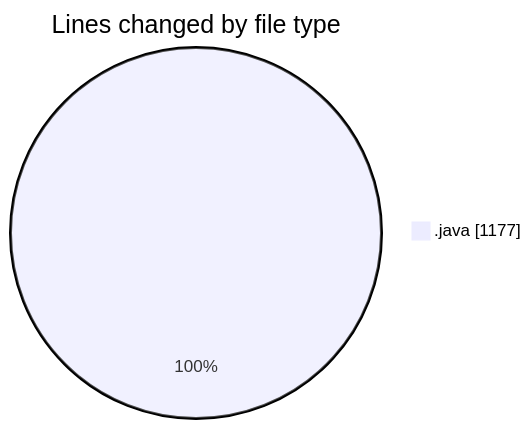
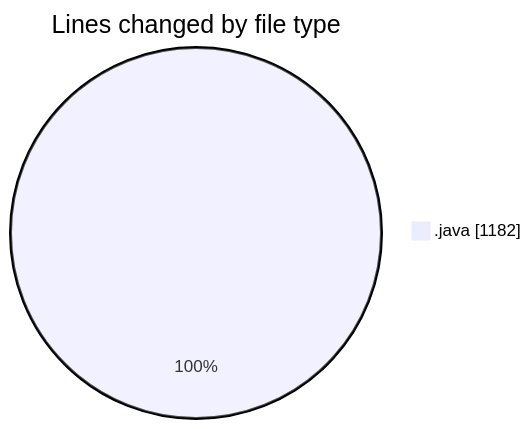
The first of 2 diagrams in 2025-02-20/gymmanager/README.md (Elitesun/code-tracking), drawn with Mermaid before and after one commit. The commit also changed other lines of this file and 1 other file, not shown here.

````diff
--- a/2025-02-20/gymmanager/README.md
+++ b/2025-02-20/gymmanager/README.md
@@ -29,5 +29,5 @@
 ```mermaid
 pie showData
 title Lines changed by file type
-".java" : 1177
+".java" : 1182
 ```
````
